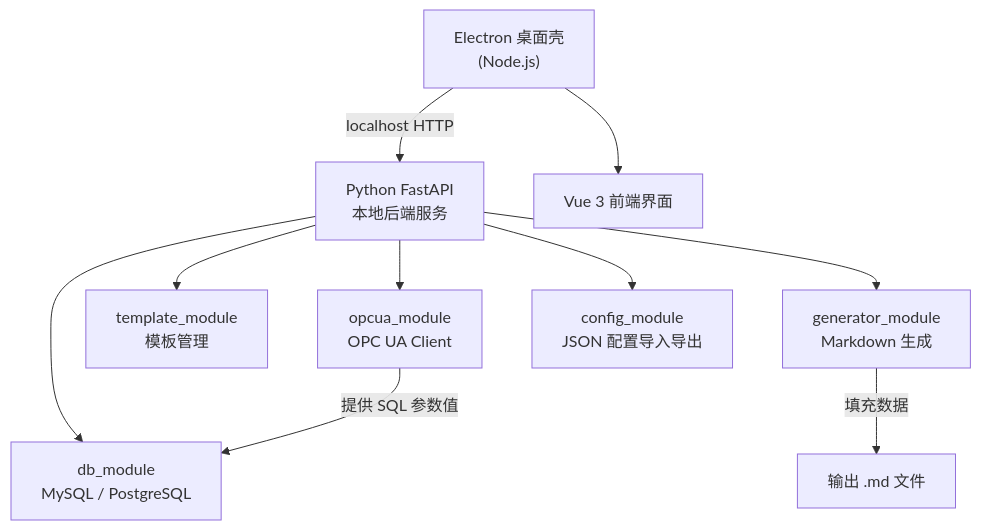
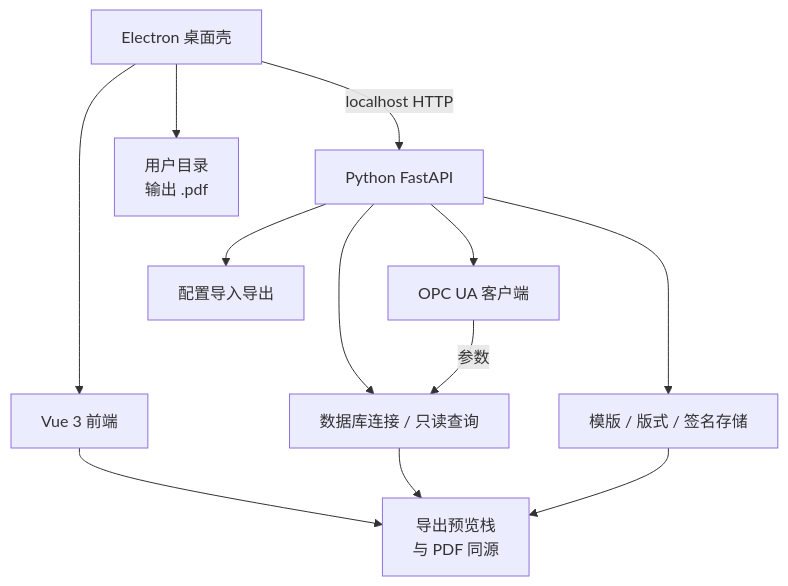
One commit to cwjwudi/sma_data_collector changed the first of 3 diagrams in _Prj/SD_SMA_ReportEditor/_Doc/001_项目计划.md. Above: the diagram before and after it, drawn with Mermaid. The commit also changed other lines of this file and 4 other files, not shown here.

````diff
--- a/_Prj/SD_SMA_ReportEditor/_Doc/001_项目计划.md
+++ b/_Prj/SD_SMA_ReportEditor/_Doc/001_项目计划.md
@@ -5,12 +7,14 @@
 ```mermaid
 flowchart TD
-    Electron["Electron 桌面壳\n(Node.js)"] -->|"localhost HTTP"| FastAPI["Python FastAPI\n本地后端服务"]
-    Electron --> Vue["Vue 3 前端界面"]
-    FastAPI --> DBModule["db_module\nMySQL / PostgreSQL"]
-    FastAPI --> OpcuaModule["opcua_module\nOPC UA Client"]
-    FastAPI --> TemplateModule["template_module\n模板管理"]
-    FastAPI --> GeneratorModule["generator_module\nMarkdown 生成"]
-    FastAPI --> ConfigModule["config_module\nJSON 配置导入导出"]
-    OpcuaModule -->|"提供 SQL 参数值"| DBModule
-    GeneratorModule -->|"填充数据"| MarkdownFile["输出 .md 文件"]
+    Electron["Electron 桌面壳"] -->|"localhost HTTP"| FastAPI["Python FastAPI"]
+    Electron --> Vue["Vue 3 前端"]
+    FastAPI --> DB["数据库连接 / 只读查询"]
+    FastAPI --> OpcUA["OPC UA 客户端"]
+    FastAPI --> Tpl["模版 / 版式 / 签名存储"]
+    FastAPI --> Cfg["配置导入导出"]
+    Vue --> Preview["导出预览栈\n与 PDF 同源"]
+    Electron --> PDF["用户目录\n输出 .pdf"]
+    OpcUA -->|"参数"| DB
+    DB --> Preview
+    Tpl --> Preview
 ```
````
